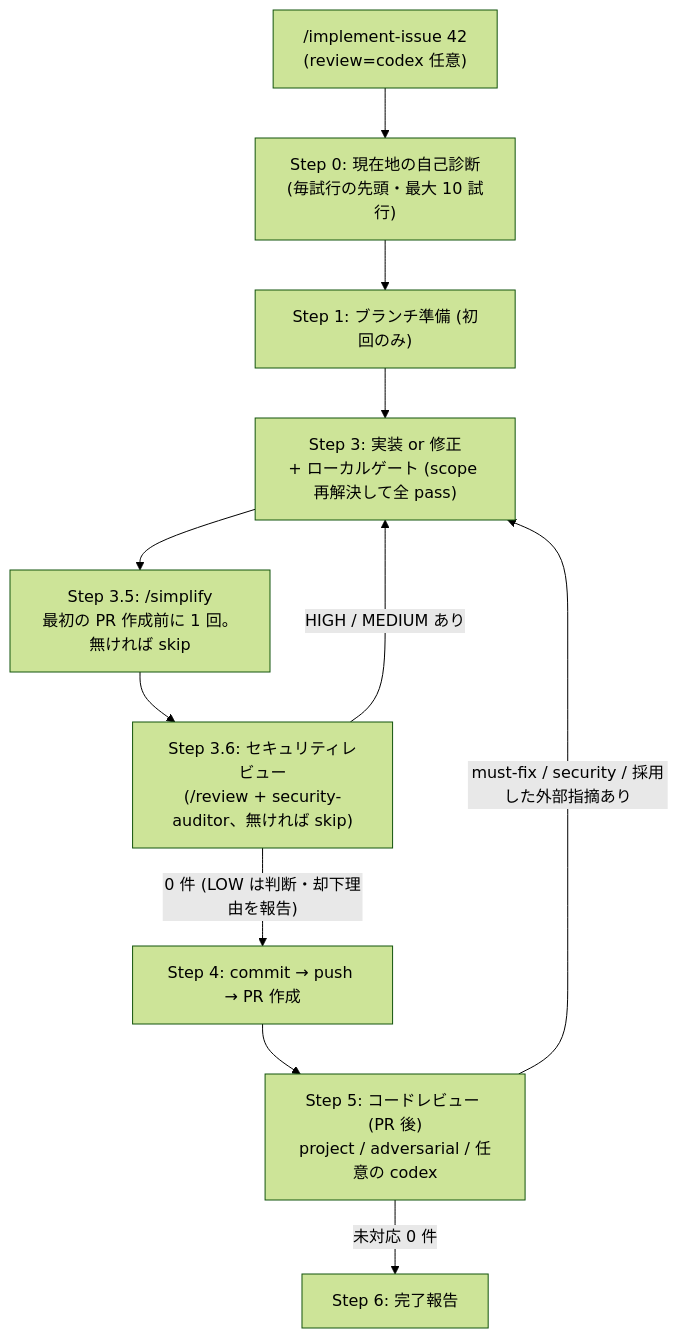
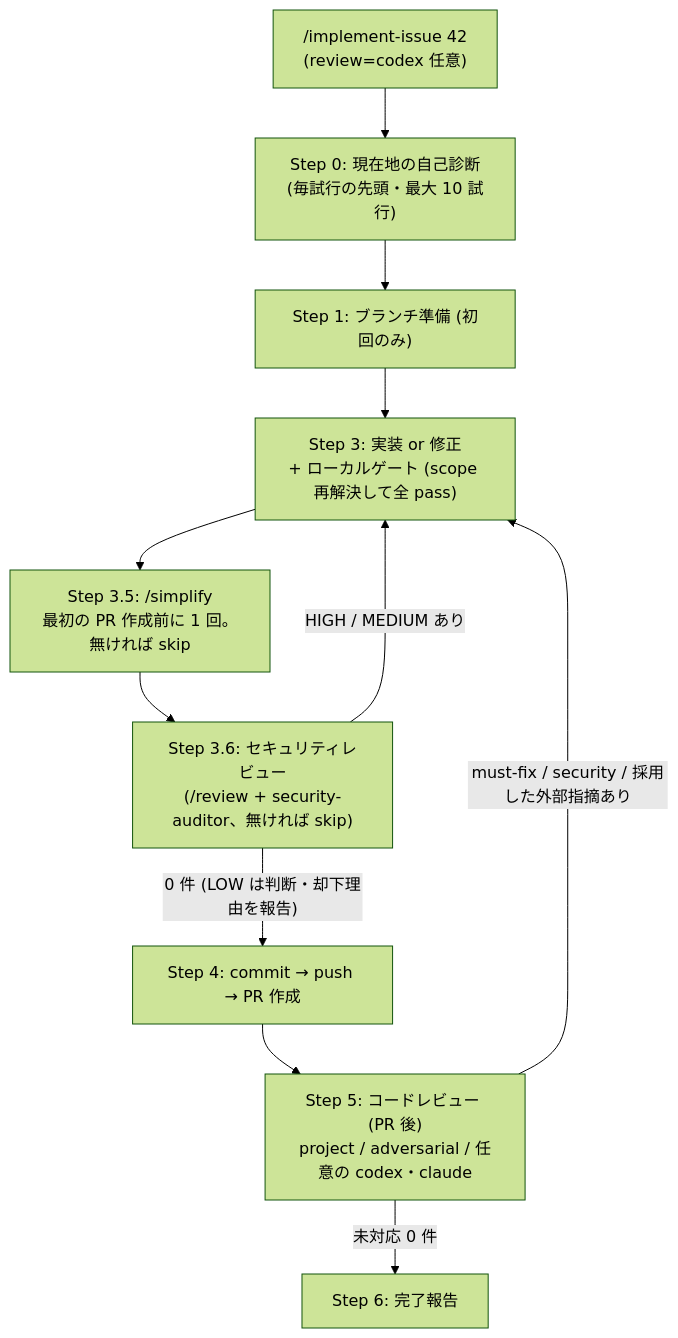
One commit to taichi0529/plugins-grok changed the first of 2 diagrams in plugins/workflow-grok/README.md. Above: the diagram before and after it, drawn with Mermaid (forest theme). The commit also changed other lines of this file and 27 other files, not shown here.

````diff
--- a/plugins/workflow-grok/README.md
+++ b/plugins/workflow-grok/README.md
@@ -20,13 +20,13 @@
 ```mermaid
 flowchart TD
     A["/implement-issue 42<br/>(review=codex 任意)"] --> D0["Step 0: 現在地の自己診断<br/>(毎試行の先頭・最大 10 試行)"]
     D0 --> S1["Step 1: ブランチ準備 (初回のみ)"]
     S1 --> S3["Step 3: 実装 or 修正<br/>+ ローカルゲート (scope 再解決して全 pass)"]
     S3 --> S35["Step 3.5: /simplify<br/>最初の PR 作成前に 1 回。無ければ skip"]
     S35 --> S36["Step 3.6: セキュリティレビュー<br/>(/review + security-auditor、無ければ skip)"]
     S36 -- "HIGH / MEDIUM あり" --> S3
     S36 -- "0 件 (LOW は判断・却下理由を報告)" --> S4["Step 4: commit → push → PR 作成"]
-    S4 --> S5["Step 5: コードレビュー (PR 後)<br/>project / adversarial / 任意の codex"]
+    S4 --> S5["Step 5: コードレビュー (PR 後)<br/>project / adversarial / 任意の codex・claude"]
     S5 -- "must-fix / security / 採用した外部指摘あり" --> S3
     S5 -- "未対応 0 件" --> S6["Step 6: 完了報告"]
 ```
````
